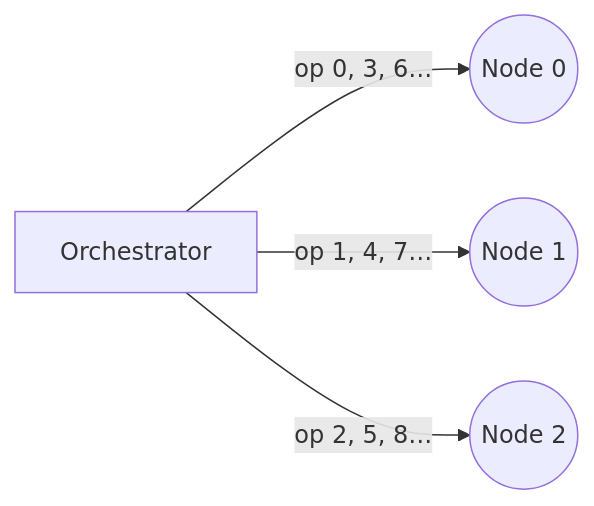
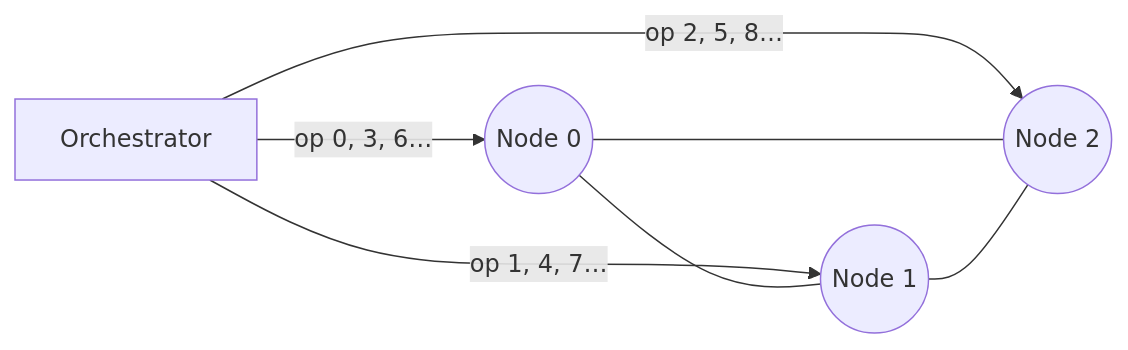
One commit to exokernel/replicant changed the fifth of 6 diagrams in README.md. Above: the diagram before and after it, drawn with Mermaid. The commit also changed other lines of this file, not shown here.

Commit message:
show full-mesh node connections in write pattern diagrams

````diff
--- a/README.md
+++ b/README.md
@@ -144,7 +144,10 @@
 ```mermaid
 graph LR
     O[Orchestrator]
     O -->|"op 0, 3, 6…"| N0((Node 0))
     O -->|"op 1, 4, 7…"| N1((Node 1))
     O -->|"op 2, 5, 8…"| N2((Node 2))
+    N0 --- N1
+    N0 --- N2
+    N1 --- N2
 ```
````
